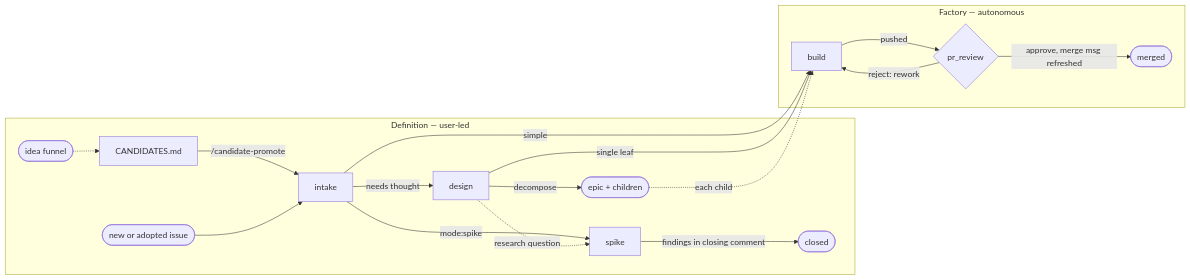
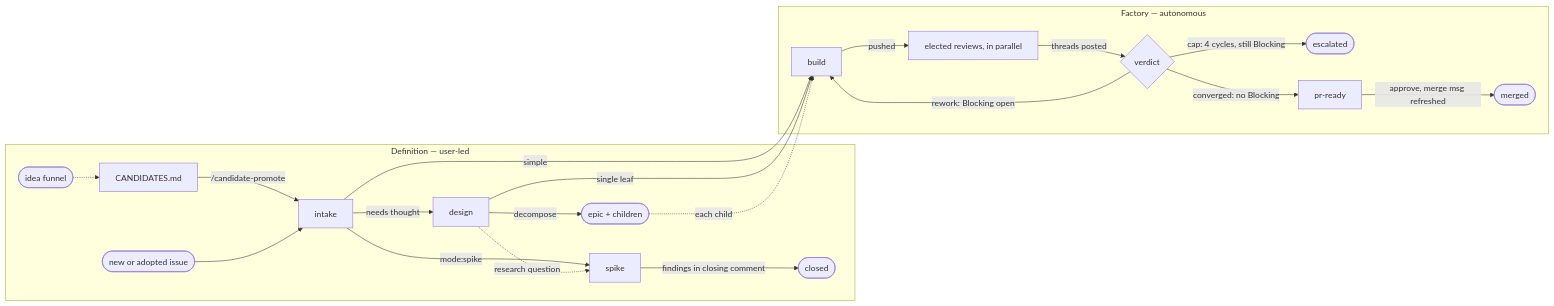
One commit to GeoffNordling/dev-playbook changed the diagram in software-factory/software-factory.md. Above: the diagram before and after it, drawn with Mermaid. The commit also changed other lines of this file and 4 other files, not shown here.

````diff
--- a/software-factory/software-factory.md
+++ b/software-factory/software-factory.md
@@ -34,23 +34,26 @@
 ```mermaid
 flowchart LR
     subgraph definition[Definition — user-led]
         ideas([idea funnel]) -.-> cand[CANDIDATES.md]
         cand -->|/candidate-promote| intake[intake]
         stub([new or adopted issue]) --> intake
         intake -->|needs thought| design[design]
         intake -->|mode:spike| spike[spike]
         design -.->|research question| spike
         design -->|decompose| epic([epic + children])
         spike -->|findings in closing comment| closed([closed])
     end
 
     subgraph factory[Factory — autonomous]
-        build[build] -->|pushed| pr_review{pr_review}
-        pr_review -->|reject: rework| build
-        pr_review -->|approve, merge msg refreshed| done([merged])
+        build[build] -->|pushed| reviews[elected reviews, in parallel]
+        reviews -->|threads posted| verdict{verdict}
+        verdict -->|rework: Blocking open| build
+        verdict -->|cap: 4 cycles, still Blocking| stuck([escalated])
+        verdict -->|converged: no Blocking| ready[pr-ready]
+        ready -->|approve, merge msg refreshed| done([merged])
     end
 
     intake -->|simple| build
     design -->|single leaf| build
     epic -.->|each child| build
 ```
````
